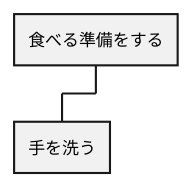
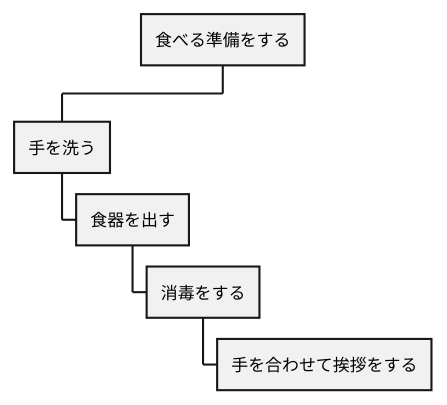
One commit to hinata-hinata/dinner_project changed the diagram in WBS_reserve/WBS_食べる準備をする.pu. Above: the diagram before and after it, drawn with PlantUML. The commit also changed 2 other files, not shown here.

Commit message:
依存関係図・ピザと準備

```diff
--- a/WBS_reserve/WBS_食べる準備をする.pu
+++ b/WBS_reserve/WBS_食べる準備をする.pu
@@ -1,6 +1,9 @@
 @startwbs 食べる準備をする
 
 * 食べる準備をする
 ** 手を洗う
+*** 食器を出す
+**** 消毒をする
+***** 手を合わせて挨拶をする
 
 @endwbs
```
